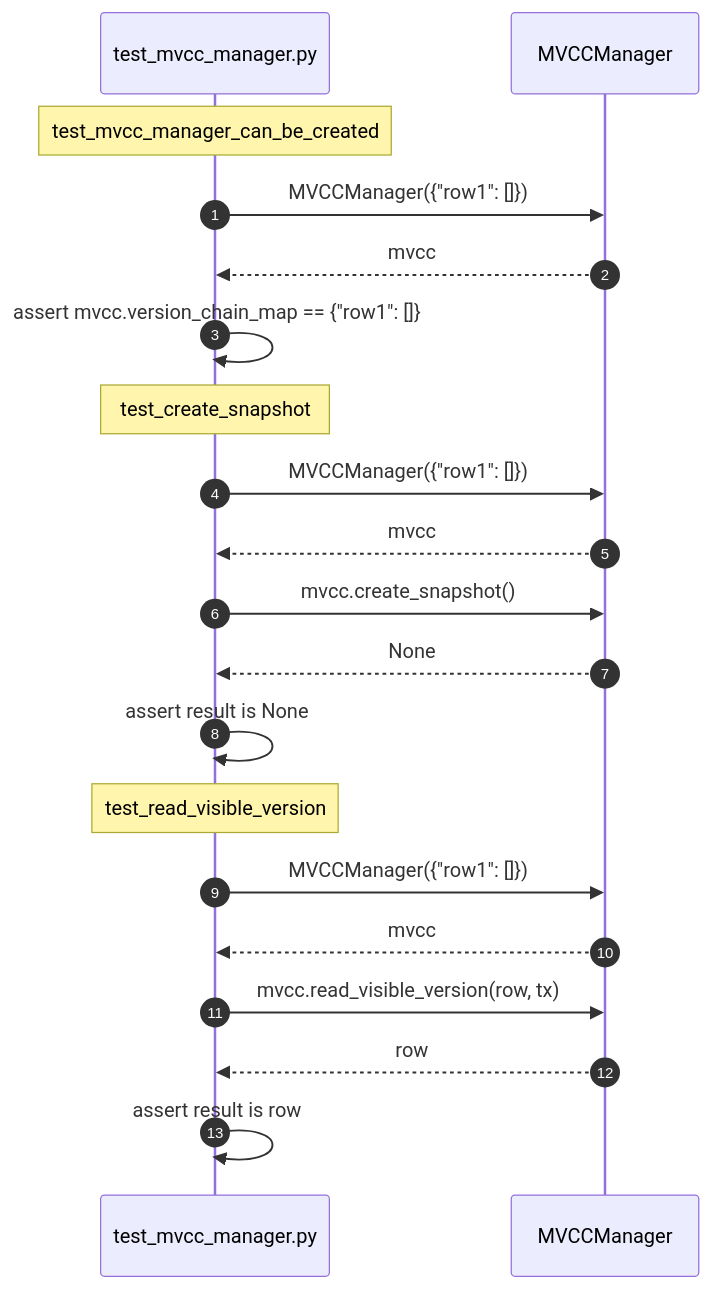
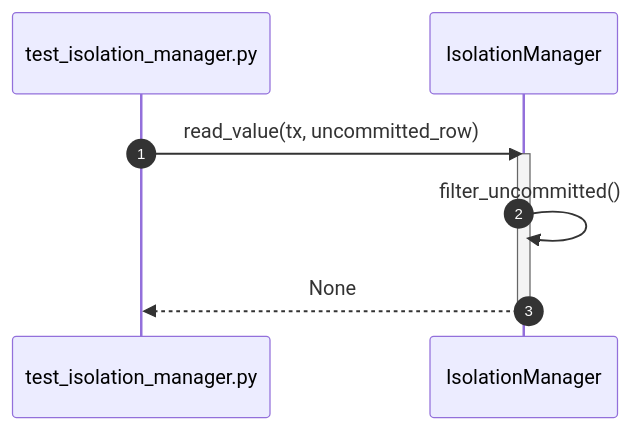
Diagram 12 of 45 in diagrams/sequence/transaction.md (taitran501/DBMS), drawn with Mermaid before and after one commit. The commit also changed other lines of this file and 44 other files, not shown here.

````diff
--- a/diagrams/sequence/transaction.md
+++ b/diagrams/sequence/transaction.md
@@ -212,25 +186,12 @@
 ```mermaid
 sequenceDiagram
     autonumber
-    participant Test as test_mvcc_manager.py
-    participant SUT as MVCCManager
+    participant Test as test_isolation_manager.py
+    participant SUT as IsolationManager
 
-    Note over Test: test_mvcc_manager_can_be_created
-    Test->>SUT: MVCCManager({"row1": []})
-    SUT-->>Test: mvcc
-    Test->>Test: assert mvcc.version_chain_map == {"row1": []}
-
-    Note over Test: test_create_snapshot
-    Test->>SUT: MVCCManager({"row1": []})
-    SUT-->>Test: mvcc
-    Test->>SUT: mvcc.create_snapshot()
+    Test->>SUT: read_value(tx, uncommitted_row)
+    activate SUT
+    SUT->>SUT: filter_uncommitted()
     SUT-->>Test: None
-    Test->>Test: assert result is None
-
-    Note over Test: test_read_visible_version
-    Test->>SUT: MVCCManager({"row1": []})
-    SUT-->>Test: mvcc
-    Test->>SUT: mvcc.read_visible_version(row, tx)
-    SUT-->>Test: row
-    Test->>Test: assert result is row
+    deactivate SUT
 ```
````
